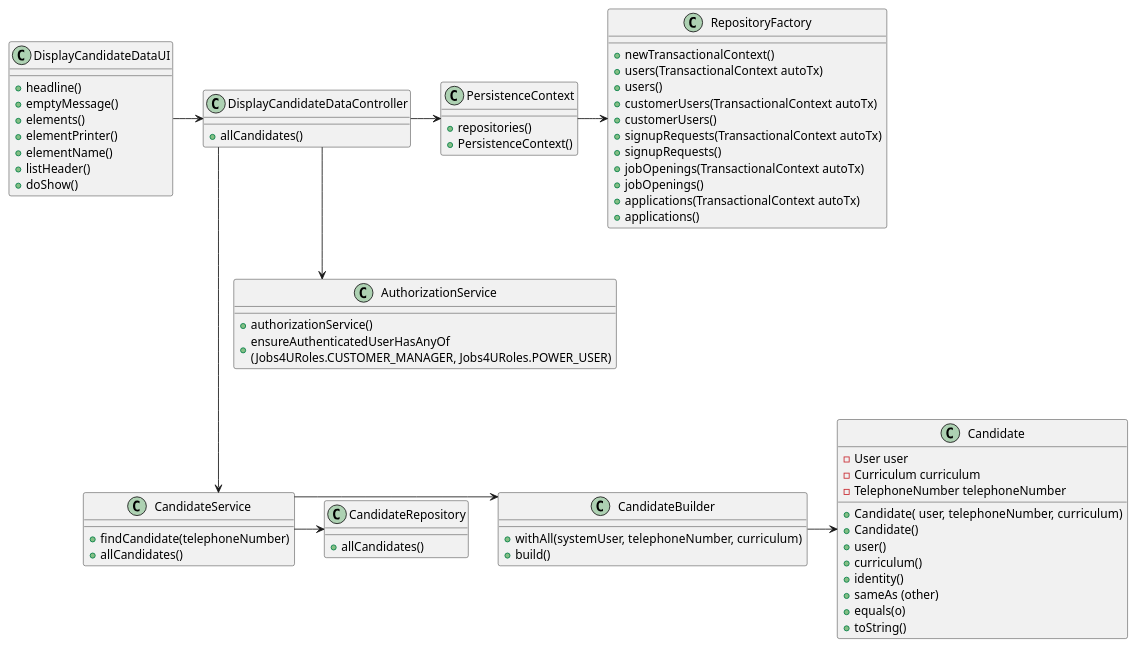
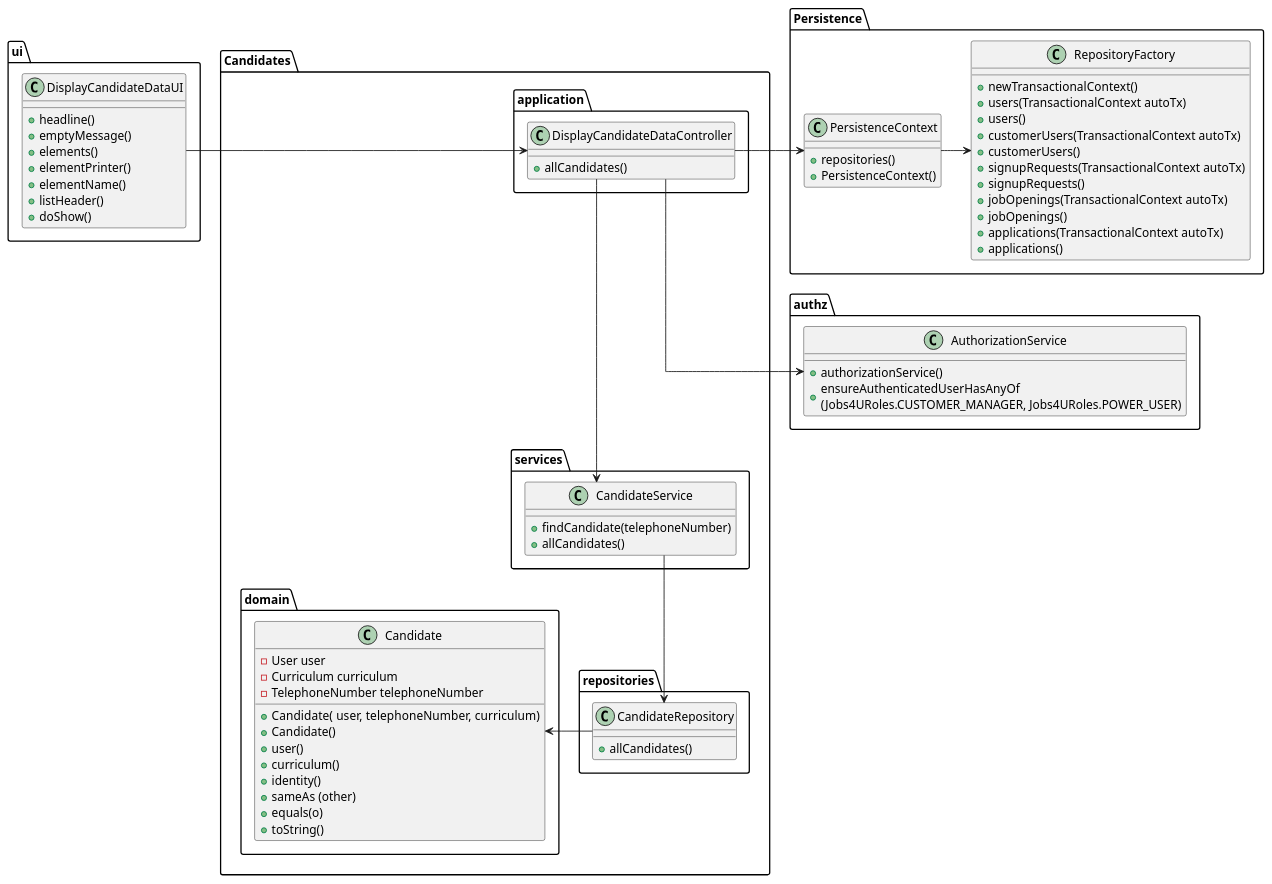
The diagram in docs/SprintB/display-candidate's-data/class-diagram.puml (MiguelCardoso77/LAPR4), drawn with PlantUML before and after one commit. The commit also changed 2 other files, not shown here.

```diff
--- a/docs/SprintB/display-candidate's-data/class-diagram.puml
+++ b/docs/SprintB/display-candidate's-data/class-diagram.puml
@@ -1,95 +1,111 @@
 @startuml
 skinparam linetype ortho
 top to bottom direction
 
+package ui{
 class DisplayCandidateDataUI{
     + headline()
     + emptyMessage()
     + elements()
     + elementPrinter()
     + elementName()
     + listHeader()
     + doShow()
 }
+}
 
 
+package "Candidates" {
+
+package "application"{
 class DisplayCandidateDataController{
     + allCandidates()
 }
+}
 
+package "domain" {
 class Candidate{
     - User user
     - Curriculum curriculum
     - TelephoneNumber telephoneNumber
 
     + Candidate( user, telephoneNumber, curriculum)
     + Candidate()
     + user()
     + curriculum()
     + identity()
     + sameAs (other)
     + equals(o)
     + toString()
 
 }
+}
+
+package "repositories"{
 
 class CandidateRepository{
     + allCandidates()
 }
+}
+
+ package "services"{
 
 class CandidateService{
     + findCandidate(telephoneNumber)
     + allCandidates()
 
 }
-
-class CandidateBuilder{
-    + withAll(systemUser, telephoneNumber, curriculum)
-    +build()
 }
 
+}
+
+package "authz" {
 class AuthorizationService{
     + authorizationService()
     + ensureAuthenticatedUserHasAnyOf\n(Jobs4URoles.CUSTOMER_MANAGER, Jobs4URoles.POWER_USER)
 
 }
+}
+
+package "Persistence" {
 
 class PersistenceContext {
     + repositories()
     + PersistenceContext()
 }
 
 class RepositoryFactory{
     + newTransactionalContext()
     + users(TransactionalContext autoTx)
     + users()
     + customerUsers(TransactionalContext autoTx)
     + customerUsers()
     + signupRequests(TransactionalContext autoTx)
     + signupRequests()
     + jobOpenings(TransactionalContext autoTx)
     + jobOpenings()
     + applications(TransactionalContext autoTx)
     + applications()
 }
+}
+
 
 
 
 
 
 
 
 
 
 
 
 DisplayCandidateDataUI -> DisplayCandidateDataController
 DisplayCandidateDataController -> PersistenceContext
 PersistenceContext -> RepositoryFactory
 DisplayCandidateDataController --> AuthorizationService
 DisplayCandidateDataController ---> CandidateService
-CandidateService -> CandidateBuilder
-CandidateBuilder -> Candidate
-CandidateService-> CandidateRepository
+CandidateService--> CandidateRepository
+CandidateRepository -> Candidate
 
 @enduml
```
